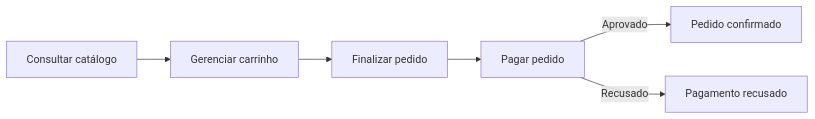
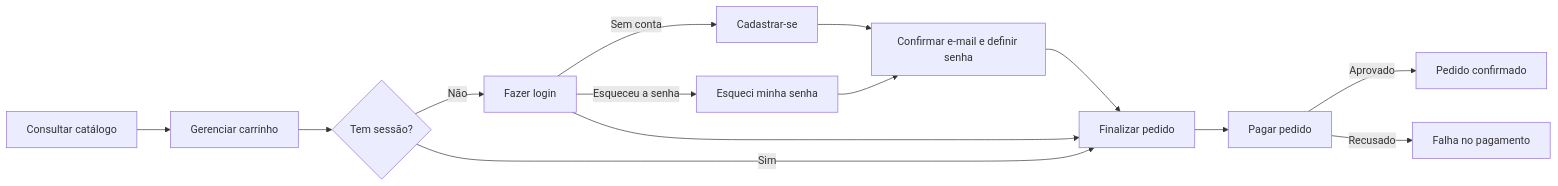
One commit to ArturRibeiro/scorpornok-ecommerce changed the diagram in usecases/README.md. Above: the diagram before and after it, drawn with Mermaid. The commit also changed other lines of this file and 11 other files, not shown here.

````diff
--- a/usecases/README.md
+++ b/usecases/README.md
@@ -12,8 +28,16 @@
 ```mermaid
 flowchart LR
     A[Consultar catálogo] --> B[Gerenciar carrinho]
-    B --> C[Finalizar pedido]
-    C --> D[Pagar pedido]
-    D -->|Aprovado| E[Pedido confirmado]
-    D -->|Recusado| F[Pagamento recusado]
+    B --> C{Tem sessão?}
+    C -->|Não| L[Fazer login]
+    L -->|Sem conta| S[Cadastrar-se]
+    S --> M[Confirmar e-mail e definir senha]
+    L -->|Esqueceu a senha| R[Esqueci minha senha]
+    R --> M
+    M --> D
+    L --> D
+    C -->|Sim| D[Finalizar pedido]
+    D --> E[Pagar pedido]
+    E -->|Aprovado| F[Pedido confirmado]
+    E -->|Recusado| G[Falha no pagamento]
 ```
````
